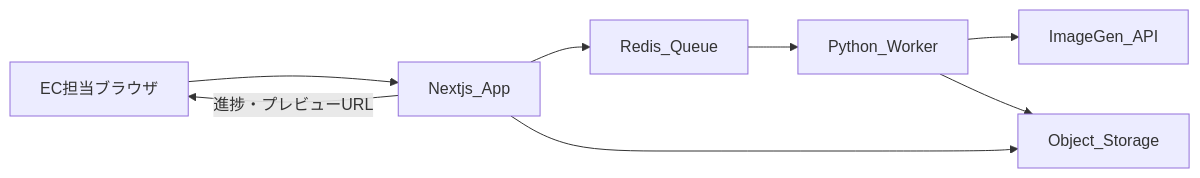
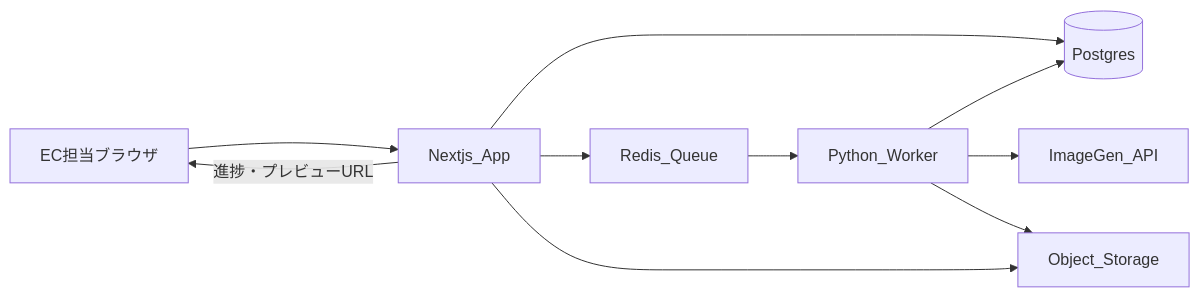
Before and after one commit to yuririnrinrin-png/ads-graduation-project: the first of 3 diagrams in docs/DESIGN.md, drawn with Mermaid. The commit also changed other lines of this file and 41 other files, not shown here.

````diff
--- a/docs/DESIGN.md
+++ b/docs/DESIGN.md
@@ -20,17 +22,20 @@
 ```mermaid
 flowchart LR
   staff[EC担当ブラウザ]
   next[Nextjs_App]
+  db[(Postgres)]
   redis[Redis_Queue]
   worker[Python_Worker]
   fal[ImageGen_API]
   store[Object_Storage]
 
   staff --> next
+  next --> db
   next --> redis
   next --> store
   redis --> worker
+  worker --> db
   worker --> fal
   worker --> store
   next -->|進捗・プレビューURL| staff
 ```
````
